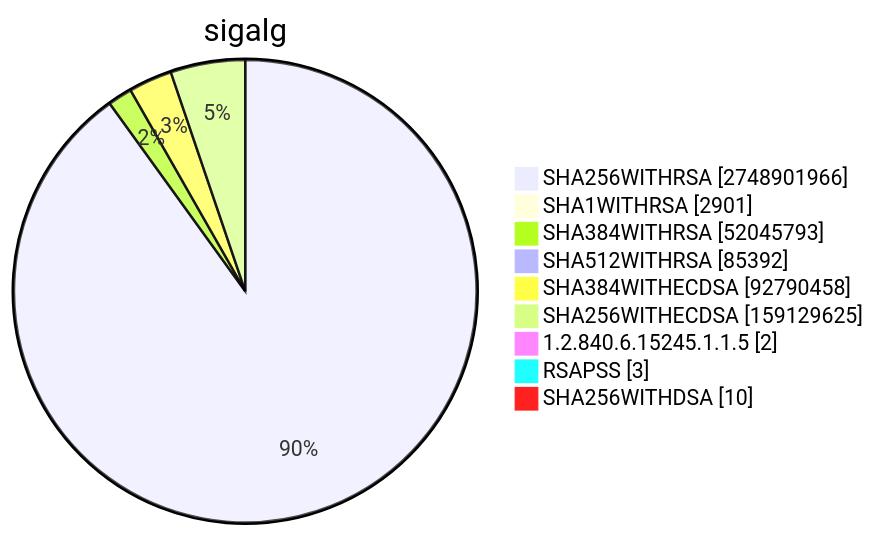
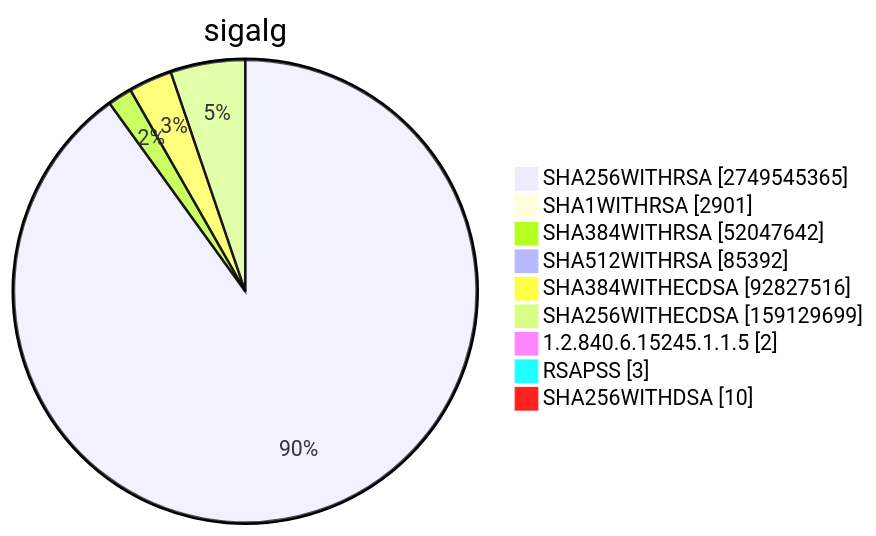
One commit to christiankrug/ctmonitor_visualization changed diagram 15 of 15 in TOTAL/README.md. Above: the diagram before and after it, drawn with Mermaid. The commit also changed other lines of this file, not shown here.

````diff
--- a/TOTAL/README.md
+++ b/TOTAL/README.md
@@ -6205,13 +6205,13 @@
 ```mermaid
 pie showData
 title sigalg
-"SHA256WITHRSA" :2748901966
+"SHA256WITHRSA" :2749545365
 "SHA1WITHRSA" :2901
-"SHA384WITHRSA" :52045793
+"SHA384WITHRSA" :52047642
 "SHA512WITHRSA" :85392
-"SHA384WITHECDSA" :92790458
-"SHA256WITHECDSA" :159129625
+"SHA384WITHECDSA" :92827516
+"SHA256WITHECDSA" :159129699
 "1.2.840.6.15245.1.1.5" :2
 "RSAPSS" :3
 "SHA256WITHDSA" :10
 ```
````
